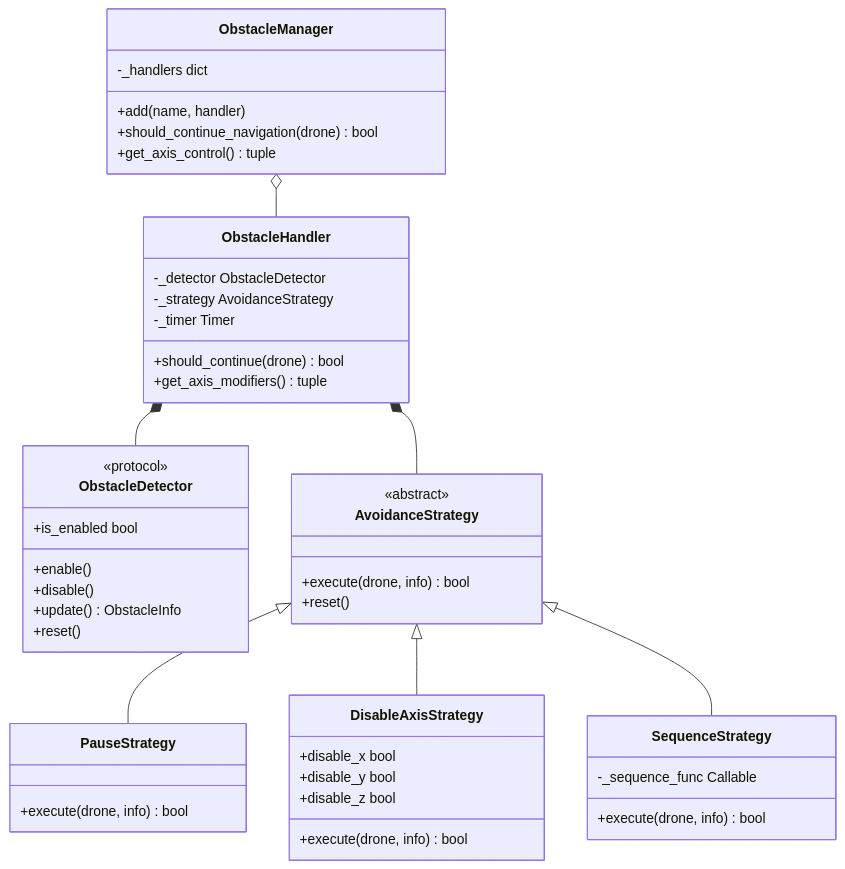
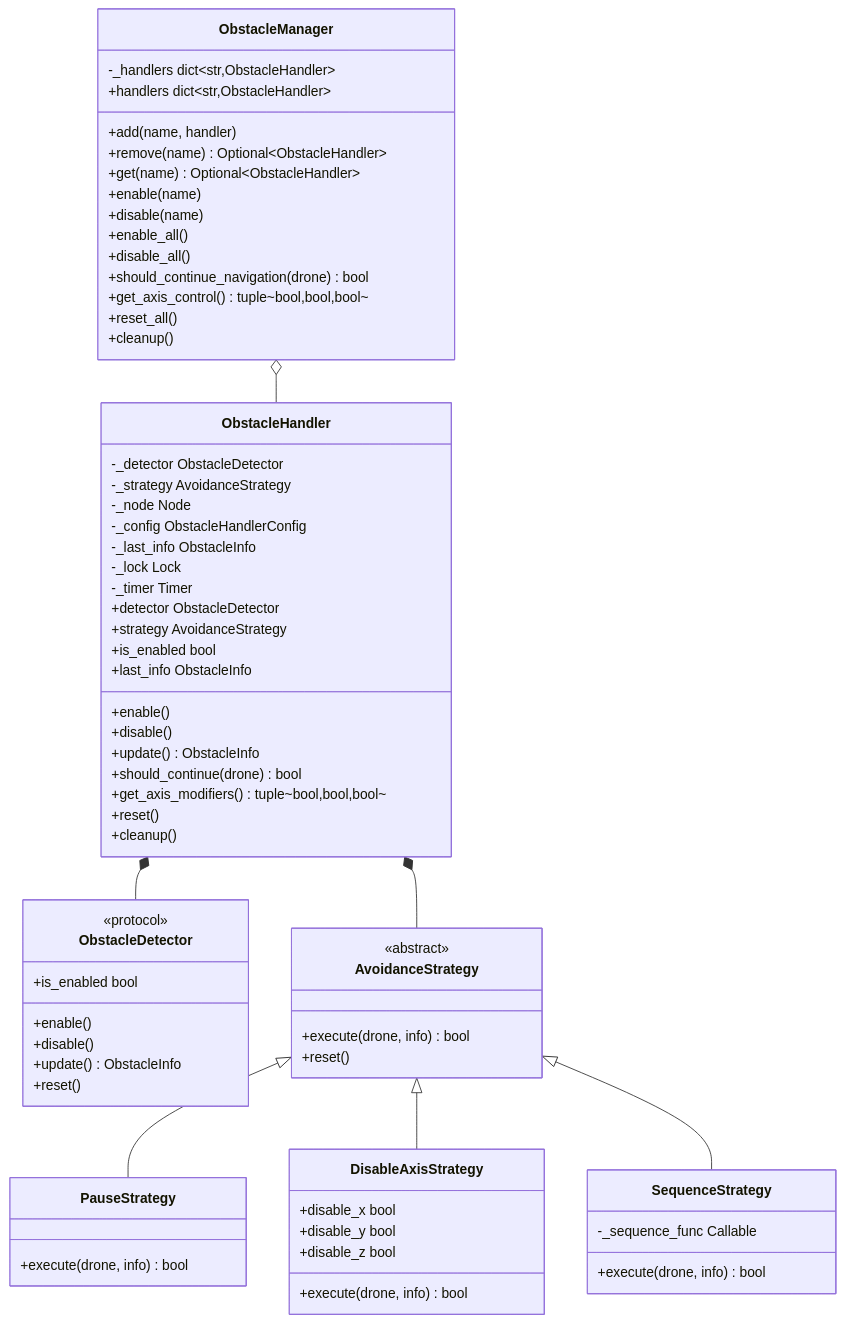
Before and after one commit to Black-Bee-Drones/nectar-sdk: the second of 2 diagrams in nectar/nectar/control/README.md, drawn with Mermaid. The commit also changed other lines of this file and 3 other files, not shown here.

Commit message:
feat: update control module diagrams

````diff
--- a/nectar/nectar/control/README.md
+++ b/nectar/nectar/control/README.md
@@ -354,55 +369,77 @@
 ```mermaid
 classDiagram
     class ObstacleDetector {
         <<protocol>>
         +is_enabled bool
         +enable()
         +disable()
         +update() ObstacleInfo
         +reset()
     }
 
     class AvoidanceStrategy {
         <<abstract>>
         +execute(drone, info) bool
         +reset()
     }
 
     class ObstacleHandler {
         -_detector ObstacleDetector
         -_strategy AvoidanceStrategy
+        -_node Node
+        -_config ObstacleHandlerConfig
+        -_last_info ObstacleInfo
+        -_lock Lock
         -_timer Timer
+        +detector ObstacleDetector
+        +strategy AvoidanceStrategy
+        +is_enabled bool
+        +last_info ObstacleInfo
+        +enable()
+        +disable()
+        +update() ObstacleInfo
         +should_continue(drone) bool
-        +get_axis_modifiers() tuple
+        +get_axis_modifiers() tuple~bool,bool,bool~
+        +reset()
+        +cleanup()
     }
 
     class ObstacleManager {
-        -_handlers dict
+        -_handlers dict~str,ObstacleHandler~
+        +handlers dict~str,ObstacleHandler~
         +add(name, handler)
+        +remove(name) Optional~ObstacleHandler~
+        +get(name) Optional~ObstacleHandler~
+        +enable(name)
+        +disable(name)
+        +enable_all()
+        +disable_all()
         +should_continue_navigation(drone) bool
-        +get_axis_control() tuple
+        +get_axis_control() tuple~bool,bool,bool~
+        +reset_all()
+        +cleanup()
     }
 
     class PauseStrategy {
         +execute(drone, info) bool
     }
 
     class DisableAxisStrategy {
         +disable_x bool
         +disable_y bool
         +disable_z bool
         +execute(drone, info) bool
     }
 
     class SequenceStrategy {
         -_sequence_func Callable
         +execute(drone, info) bool
     }
 
     ObstacleHandler *-- ObstacleDetector
     ObstacleHandler *-- AvoidanceStrategy
     ObstacleManager o-- ObstacleHandler
     AvoidanceStrategy <|-- PauseStrategy
     AvoidanceStrategy <|-- DisableAxisStrategy
     AvoidanceStrategy <|-- SequenceStrategy
 ```
````
